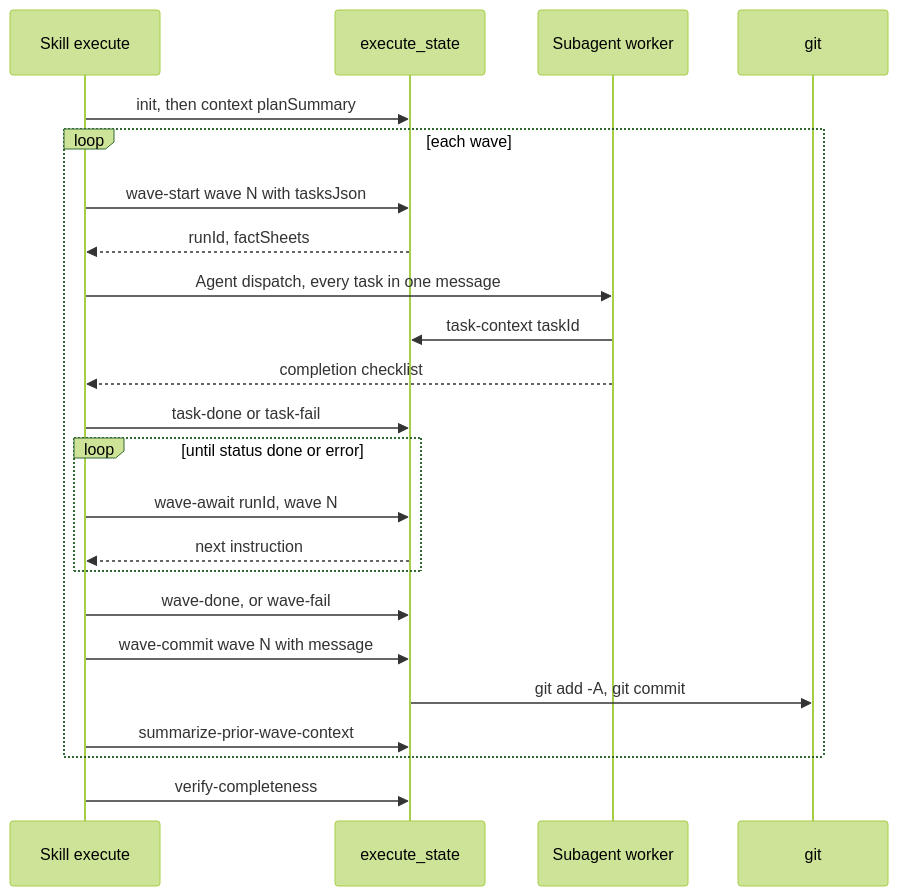
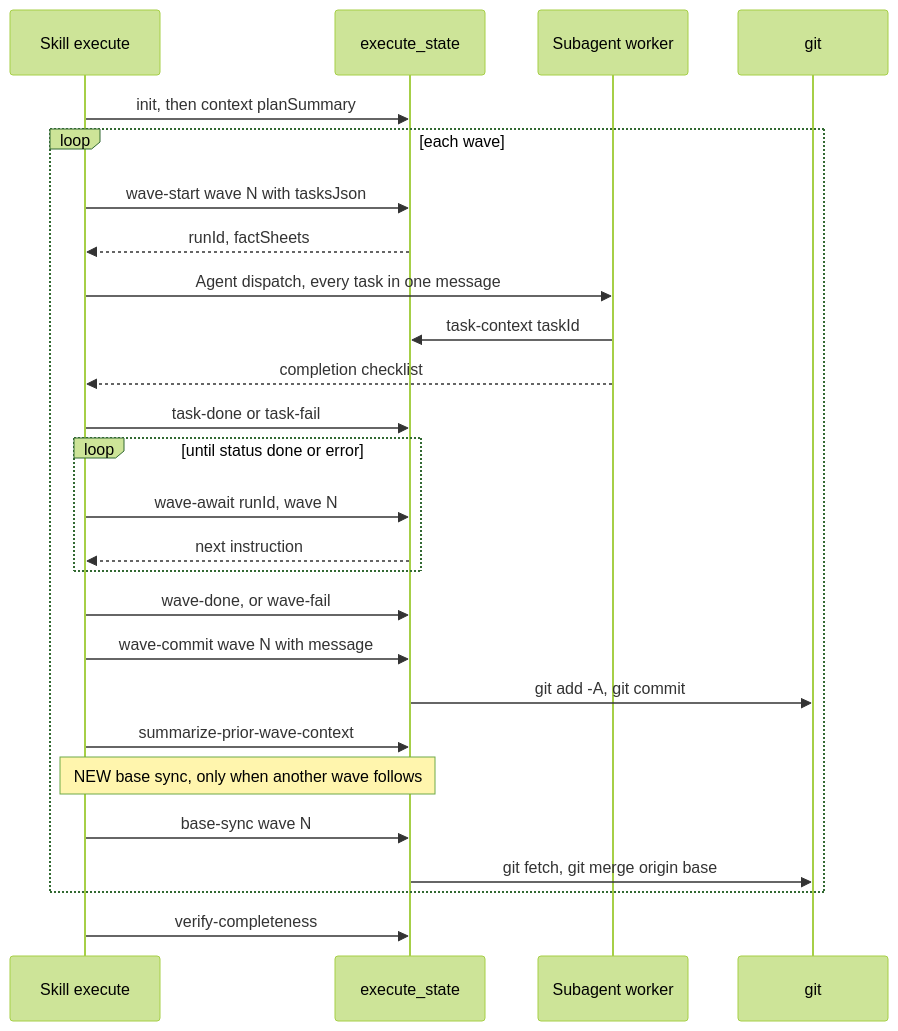
One commit to rnagrodzki/sdlc-plugin changed the second of 3 diagrams in openspec/specs/skill-execute/spec.md. Above: the diagram before and after it, drawn with Mermaid (forest theme). The commit also changed other lines of this file and 102 other files, not shown here.

````diff
--- a/openspec/specs/skill-execute/spec.md
+++ b/openspec/specs/skill-execute/spec.md
@@ -224,25 +225,28 @@
 ```mermaid
 sequenceDiagram
     participant Skill as Skill execute
     participant ES as execute_state
     participant W as Subagent worker
     participant git
     Skill->>ES: init, then context planSummary
     loop each wave
         Skill->>ES: wave-start wave N with tasksJson
         ES-->>Skill: runId, factSheets
         Skill->>W: Agent dispatch, every task in one message
         W->>ES: task-context taskId
         W-->>Skill: completion checklist
         Skill->>ES: task-done or task-fail
         loop until status done or error
             Skill->>ES: wave-await runId, wave N
             ES-->>Skill: next instruction
         end
         Skill->>ES: wave-done, or wave-fail
         Skill->>ES: wave-commit wave N with message
         ES->>git: git add -A, git commit
         Skill->>ES: summarize-prior-wave-context
+        Note over Skill,ES: NEW base sync, only when another wave follows
+        Skill->>ES: base-sync wave N
+        ES->>git: git fetch, git merge origin base
     end
     Skill->>ES: verify-completeness
 ```
````
